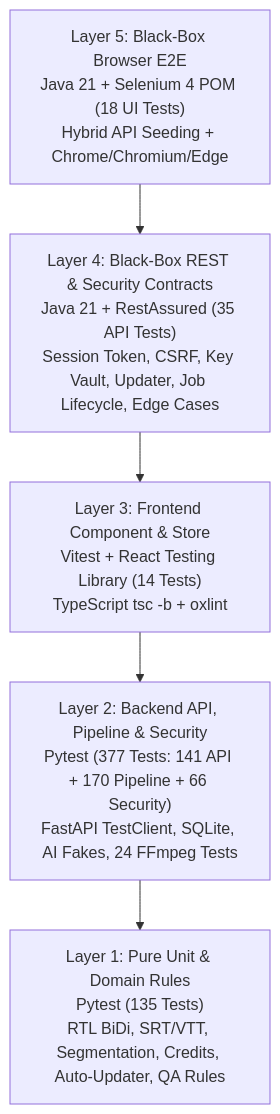
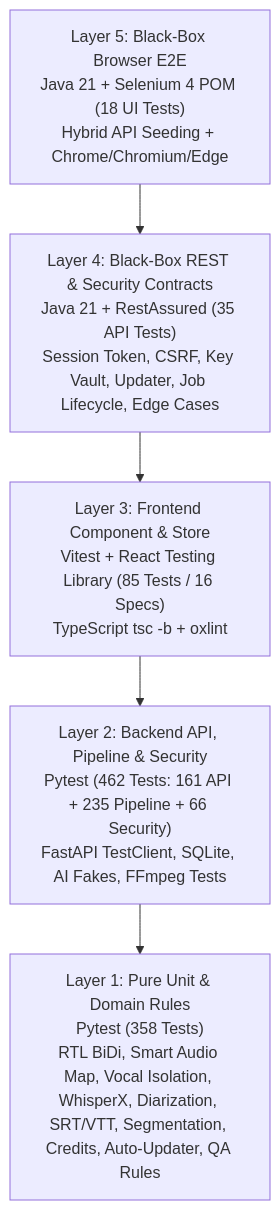
One commit to talevi83/SubBuildStudio changed the first of 2 diagrams in docs/QA_TEST_PLAN.md. Above: the diagram before and after it, drawn with Mermaid. The commit also changed other lines of this file and 2 other files, not shown here.

Commit message:
docs: document Smart Audio Map, WhisperX, creator presets, and updated test counts

````diff
--- a/docs/QA_TEST_PLAN.md
+++ b/docs/QA_TEST_PLAN.md
@@ -16,13 +16,13 @@
 ```mermaid
 flowchart TD
     E2E["Layer 5: Black-Box Browser E2E<br/>Java 21 + Selenium 4 POM (18 UI Tests)<br/>Hybrid API Seeding + Chrome/Chromium/Edge"]
     BAPI["Layer 4: Black-Box REST & Security Contracts<br/>Java 21 + RestAssured (35 API Tests)<br/>Session Token, CSRF, Key Vault, Updater, Job Lifecycle, Edge Cases"]
-    FE["Layer 3: Frontend Component & Store<br/>Vitest + React Testing Library (14 Tests)<br/>TypeScript tsc -b + oxlint"]
-    PIPE["Layer 2: Backend API, Pipeline & Security<br/>Pytest (377 Tests: 141 API + 170 Pipeline + 66 Security)<br/>FastAPI TestClient, SQLite, AI Fakes, 24 FFmpeg Tests"]
-    UNIT["Layer 1: Pure Unit & Domain Rules<br/>Pytest (135 Tests)<br/>RTL BiDi, SRT/VTT, Segmentation, Credits, Auto-Updater, QA Rules"]
+    FE["Layer 3: Frontend Component & Store<br/>Vitest + React Testing Library (85 Tests / 16 Specs)<br/>TypeScript tsc -b + oxlint"]
+    PIPE["Layer 2: Backend API, Pipeline & Security<br/>Pytest (462 Tests: 161 API + 235 Pipeline + 66 Security)<br/>FastAPI TestClient, SQLite, AI Fakes, FFmpeg Tests"]
+    UNIT["Layer 1: Pure Unit & Domain Rules<br/>Pytest (358 Tests)<br/>RTL BiDi, Smart Audio Map, Vocal Isolation, WhisperX, Diarization, SRT/VTT, Segmentation, Credits, Auto-Updater, QA Rules"]
 
     E2E --> BAPI
     BAPI --> FE
     FE --> PIPE
     PIPE --> UNIT
 ```
````
